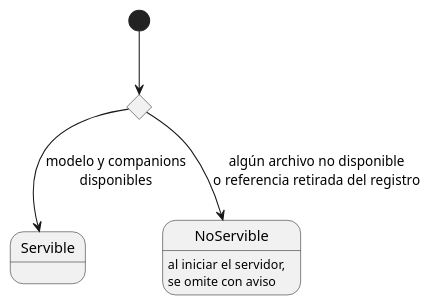
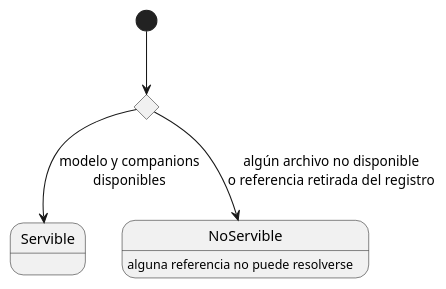
The third of 3 diagrams in docs/estados.md (mstranich/coquena), drawn with PlantUML before and after one commit. The commit also changed other lines of this file and 11 other files, not shown here.

Commit message:
docs: alinear y simplificar catálogo, descargas y diagramas

````diff
--- a/docs/estados.md
+++ b/docs/estados.md
@@ -91,9 +82,9 @@
 ```plantuml
 @startuml
 state q <<choice>>
 [*] --> q
 q --> Servible : modelo y companions\ndisponibles
 q --> NoServible : algún archivo no disponible\no referencia retirada del registro
-NoServible : al iniciar el servidor,\nse omite con aviso
+NoServible : alguna referencia no puede resolverse
 @enduml
 ```
````
